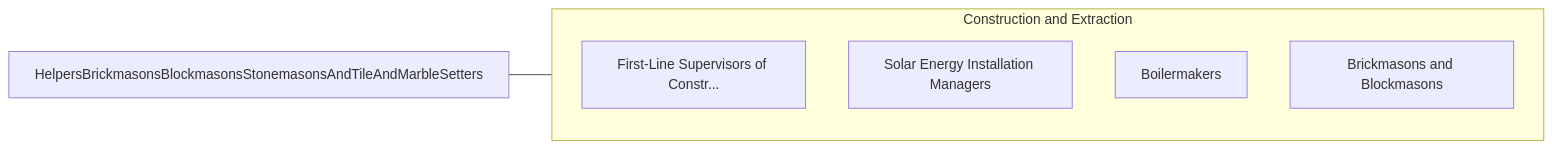
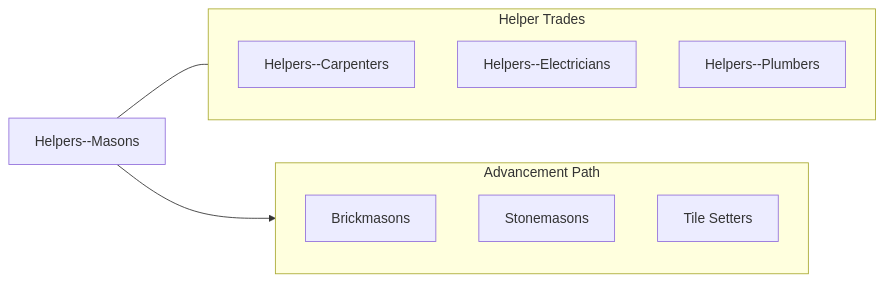
Before and after one commit to kziemski/business.org.ai: the fourth of 4 diagrams in occupations/Construction/HelpersBrickmasonsBlockmasonsStonemasonsAndTileAndMarbleSetters.mdx, drawn with Mermaid. The commit also changed other lines of this file and 938 other files, not shown here.

````diff
--- a/occupations/Construction/HelpersBrickmasonsBlockmasonsStonemasonsAndTileAndMarbleSetters.mdx
+++ b/occupations/Construction/HelpersBrickmasonsBlockmasonsStonemasonsAndTileAndMarbleSetters.mdx
@@ -112,13 +156,19 @@
 ```mermaid
 graph LR
-    Current["HelpersBrickmasonsBlockmasonsStonemasonsAndTileAndMarbleSetters"]
+    Current["Helpers--Masons"]
 
-    subgraph SameCategory["Construction and Extraction"]
-        FirstLineSupervisors["First-Line Supervisors of Constr..."]
-        SolarEnergyInstallat["Solar Energy Installation Managers"]
-        Boilermakers["Boilermakers"]
-        BrickmasonsAndBlockm["Brickmasons and Blockmasons"]
+    subgraph SameCategory["Helper Trades"]
+        CarpHelp["Helpers--Carpenters"]
+        ElecHelp["Helpers--Electricians"]
+        PipeHelp["Helpers--Plumbers"]
+    end
+
+    subgraph Advancement["Advancement Path"]
+        Brick["Brickmasons"]
+        Stone["Stonemasons"]
+        Tile["Tile Setters"]
     end
 
     Current --- SameCategory
+    Current --> Advancement
 ```
````
